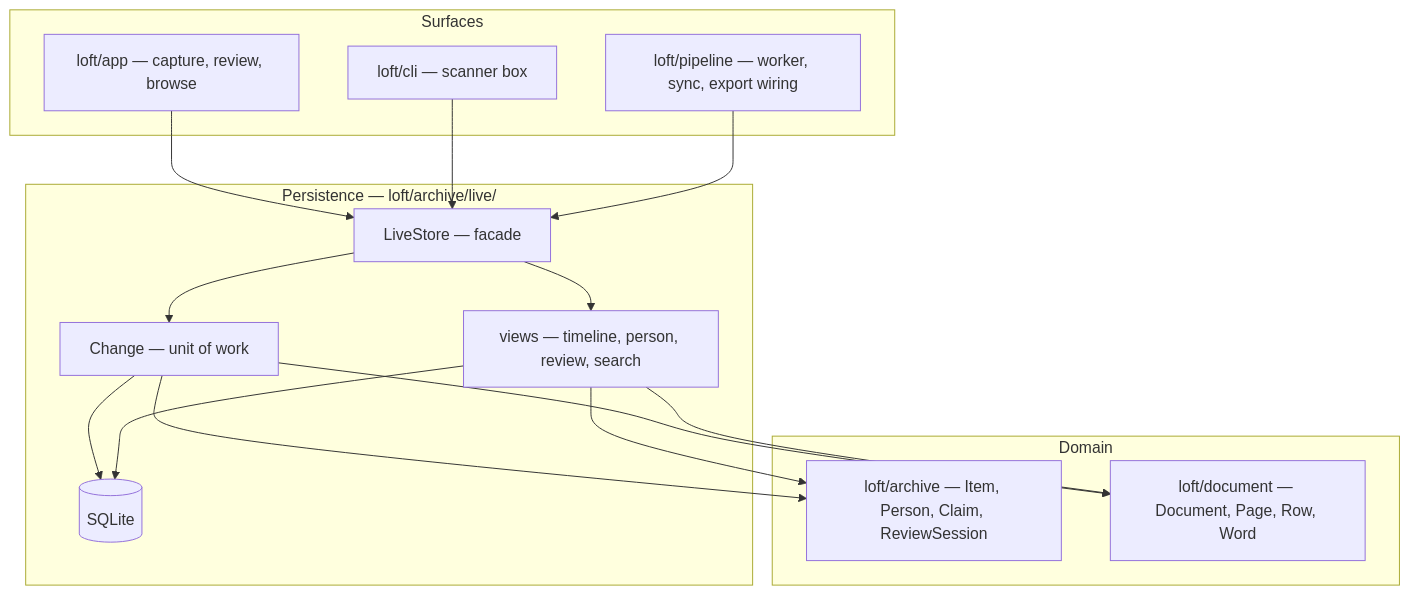
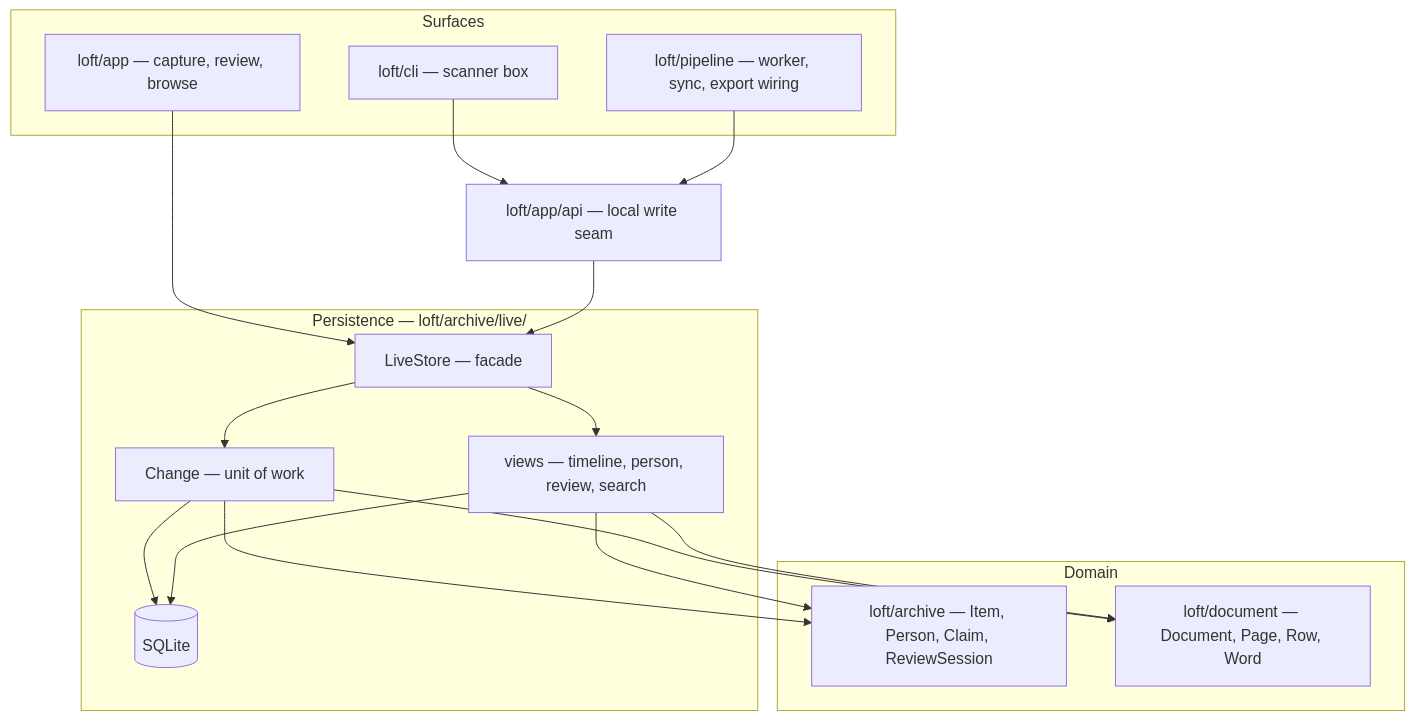
The diagram in docs/TECHSPEC/08-code-organisation.md (ashbywinch/the-loft), drawn with Mermaid before and after one commit. The commit also changed other lines of this file and 6 other files, not shown here.

````diff
--- a/docs/TECHSPEC/08-code-organisation.md
+++ b/docs/TECHSPEC/08-code-organisation.md
@@ -16,30 +16,31 @@
 ```mermaid
 flowchart TB
   subgraph Surfaces["Surfaces"]
     App["loft/app — capture, review, browse"]
     CLI["loft/cli — scanner box"]
     Worker["loft/pipeline — worker, sync, export wiring"]
   end
   subgraph Persistence["Persistence — loft/archive/live/"]
     Store["LiveStore — facade"]
     Change["Change — unit of work"]
     Views["views — timeline, person, review, search"]
     SQL[("SQLite")]
   end
   subgraph Domain["Domain"]
     Archive["loft/archive — Item, Person, Claim, ReviewSession"]
     Document["loft/document — Document, Page, Row, Word"]
   end
 
   App --> Store
-  CLI --> Store
-  Worker --> Store
+  CLI --> API["loft/app/api — local write seam"]
+  Worker --> API
+  API --> Store
   Store --> Change
   Store --> Views
   Change --> SQL
   Views --> SQL
   Change --> Archive
   Change --> Document
   Views --> Archive
   Views --> Document
 ```
````
